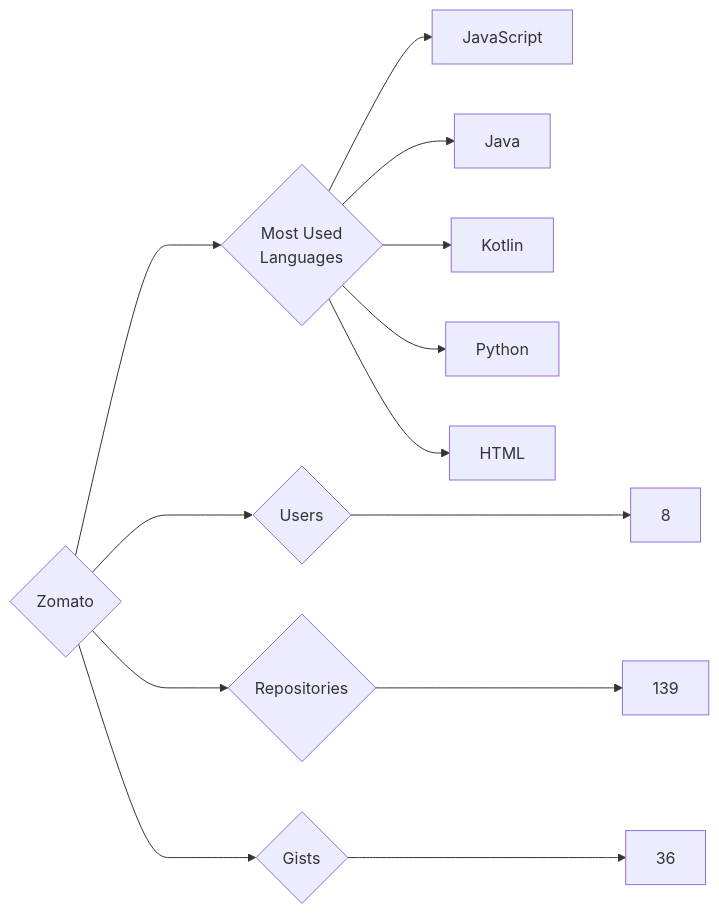
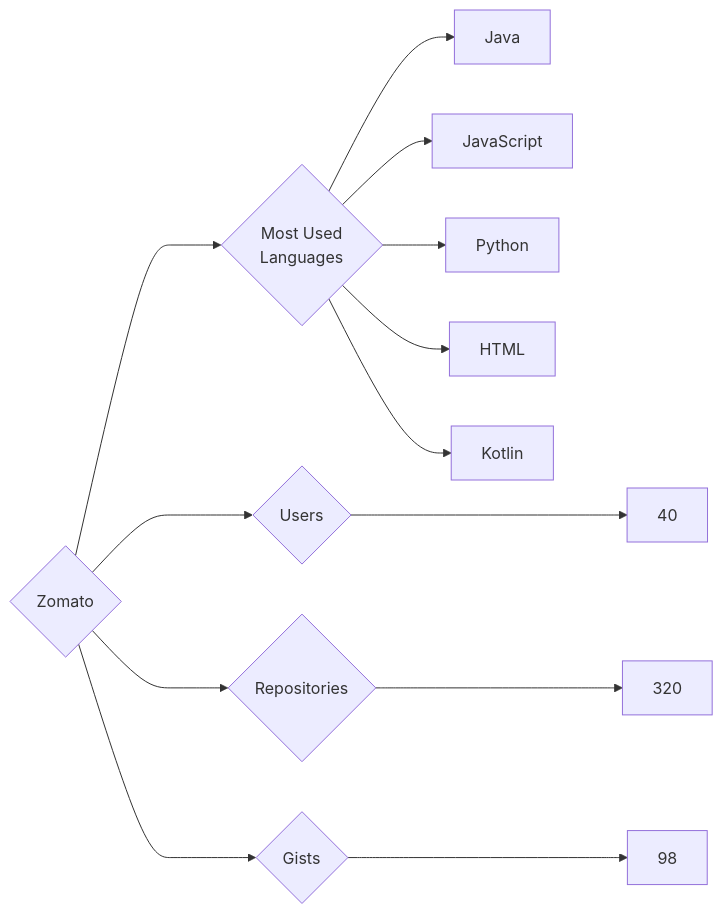
Before and after one commit to trickest/insiders: the diagram in targets/Zomato/README.md, drawn with Mermaid. The commit also changed 835 other files, not shown here.

````diff
--- a/targets/Zomato/README.md
+++ b/targets/Zomato/README.md
@@ -3,13 +3,13 @@
 ```mermaid
 graph LR
 COMPANY_NAME{Zomato}
-COMPANY_NAME ---> U{Users} ---> UN[8]
-COMPANY_NAME ---> R{Repositories} ---> RN[139]
-COMPANY_NAME ---> G{Gists} ---> GN[36]
+COMPANY_NAME ---> U{Users} ---> UN[40]
+COMPANY_NAME ---> R{Repositories} ---> RN[320]
+COMPANY_NAME ---> G{Gists} ---> GN[98]
 COMPANY_NAME ---> ML{Most Used<br>Languages}
+ML --> Java[Java]
 ML --> JavaScript[JavaScript]
-ML --> Java[Java]
-ML --> Kotlin[Kotlin]
 ML --> Python[Python]
 ML --> HTML[HTML]
+ML --> Kotlin[Kotlin]
 ```
````
